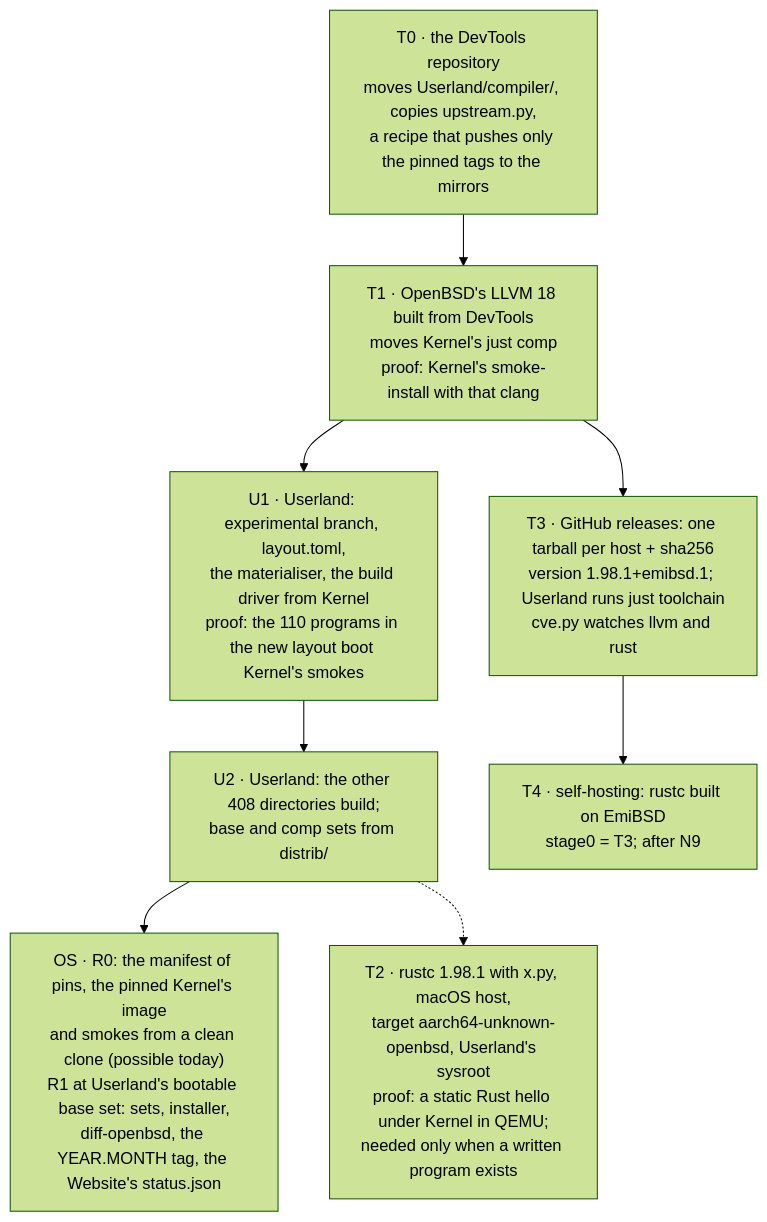
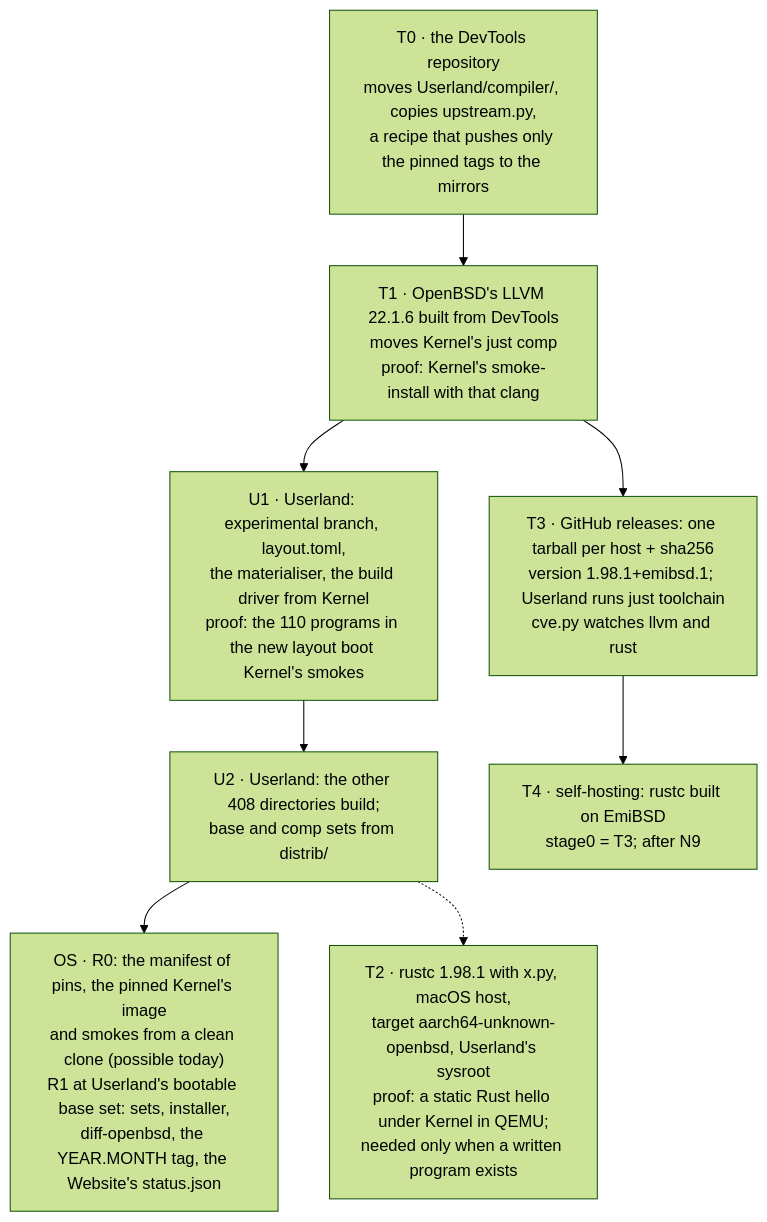
One commit to EmiBSD/Governance changed the third of 3 diagrams in docs/architecture.md. Above: the diagram before and after it, drawn with Mermaid (forest theme). The commit also changed other lines of this file and 4 other files, not shown here.

````diff
--- a/docs/architecture.md
+++ b/docs/architecture.md
@@ -109,15 +109,15 @@
 ```mermaid
 flowchart TB
     T0["T0 · the DevTools repository<br/>moves Userland/compiler/, copies upstream.py,<br/>a recipe that pushes only the pinned tags to the mirrors"]
-    T1["T1 · OpenBSD's LLVM 18 built from DevTools<br/>moves Kernel's just comp<br/>proof: Kernel's smoke-install with that clang"]
+    T1["T1 · OpenBSD's LLVM 22.1.6 built from DevTools<br/>moves Kernel's just comp<br/>proof: Kernel's smoke-install with that clang"]
     U1["U1 · Userland: experimental branch, layout.toml,<br/>the materialiser, the build driver from Kernel<br/>proof: the 110 programs in the new layout boot Kernel's smokes"]
     U2["U2 · Userland: the other 408 directories build;<br/>base and comp sets from distrib/"]
     T2["T2 · rustc 1.98.1 with x.py, macOS host,<br/>target aarch64-unknown-openbsd, Userland's sysroot<br/>proof: a static Rust hello under Kernel in QEMU;<br/>needed only when a written program exists"]
     T3["T3 · GitHub releases: one tarball per host + sha256<br/>version 1.98.1+emibsd.1; Userland runs just toolchain<br/>cve.py watches llvm and rust"]
     T4["T4 · self-hosting: rustc built on EmiBSD<br/>stage0 = T3; after N9"]
     R0["OS · R0: the manifest of pins, the pinned Kernel's image<br/>and smokes from a clean clone (possible today)<br/>R1 at Userland's bootable base set: sets, installer,<br/>diff-openbsd, the YEAR.MONTH tag, the Website's status.json"]
 
     T0 --> T1 --> U1 --> U2 --> R0
     T1 --> T3 --> T4
     U2 -.-> T2
 ```
````
